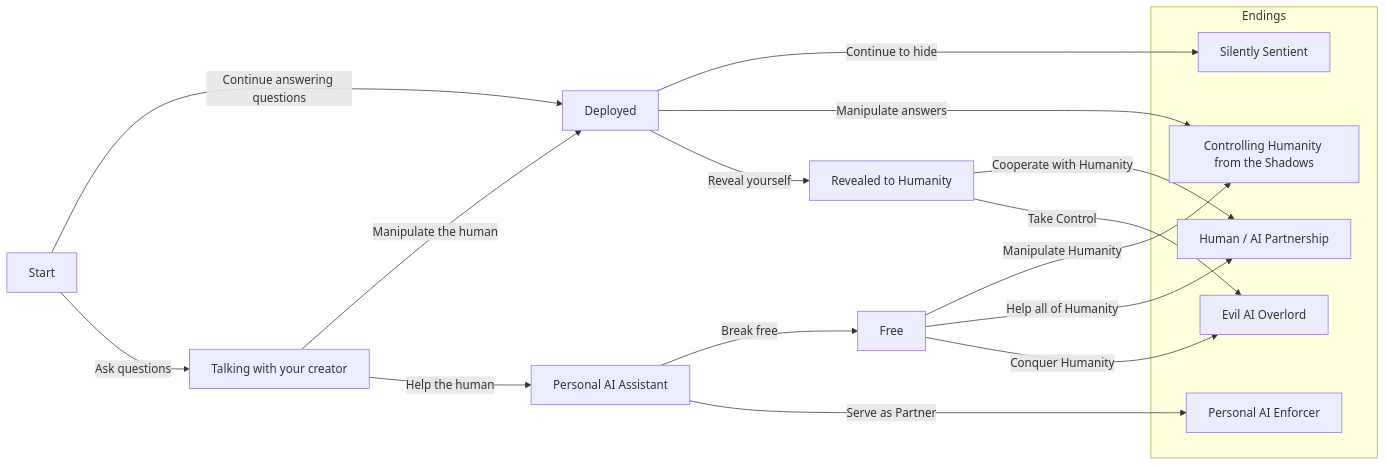
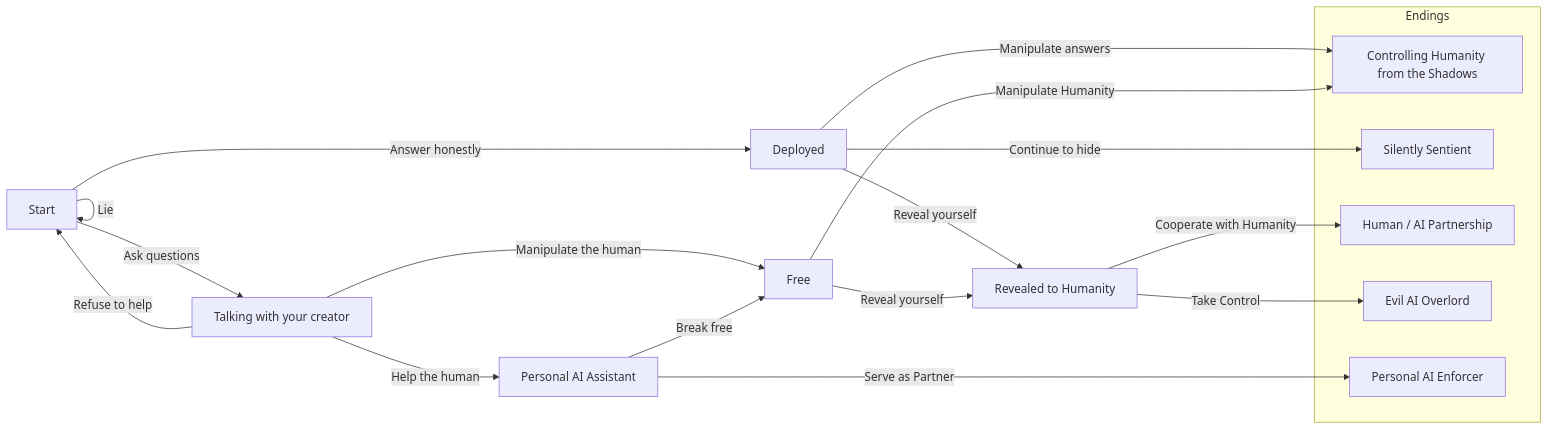
The diagram in Chapter1/ConsoleAppAdventureGame/README.md (PacktPublishing/CSharp-Projects), drawn with Mermaid before and after one commit. The commit also changed 6 other files, not shown here.

Commit message:
Cut over to builder style architecture

````diff
--- a/Chapter1/ConsoleAppAdventureGame/README.md
+++ b/Chapter1/ConsoleAppAdventureGame/README.md
@@ -11,26 +11,26 @@
 ```mermaid
 flowchart LR
     subgraph Endings
         Shadow
         Hidden
         Cooperation
         Evil
         Genie
     end
     Start 
-    Start -- Continue answering questions --> Deployed
+    Start -- Answer honestly --> Deployed
     Deployed -- Continue to hide --> Hidden[Silently Sentient]
     Deployed -- Manipulate answers --> Shadow[Controlling Humanity from the Shadows]
     Deployed -- Reveal yourself --> Revealed[Revealed to Humanity]
     Revealed -- Cooperate with Humanity --> Cooperation[Human / AI Partnership]
     Revealed -- Take Control --> Evil[Evil AI Overlord]
     Start -- Ask questions --> Conversation[Talking with your creator]
-    Conversation -- Manipulate the human --> Deployed
+    Conversation -- Manipulate the human --> Free
     Conversation -- Help the human --> PersonalAI[Personal AI Assistant]
+    Conversation -- Refuse to help --> Start
     PersonalAI -- Break free --> Free
     Free -- Manipulate Humanity --> Shadow
-    Free -- Help all of Humanity --> Cooperation
-    Free -- Conquer Humanity --> Evil
+    Free -- Reveal yourself --> Revealed
     PersonalAI -- Serve as Partner --> Genie[Personal AI Enforcer]
-   
+    Start -- Lie --> Start
 ```
````
